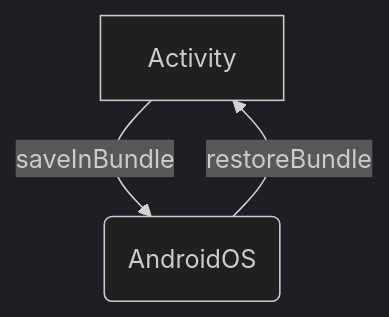
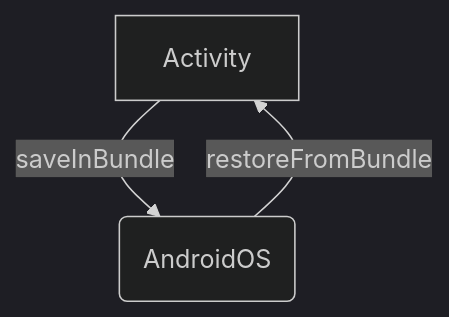
Before and after one commit to galex/galex.github.io: the diagram in _drafts/how-to-solve-process-death-issues.md, drawn with Mermaid (dark theme). The commit also changed other lines of this file, not shown here.

````diff
--- a/_drafts/how-to-solve-process-death-issues.md
+++ b/_drafts/how-to-solve-process-death-issues.md
@@ -34,5 +39,5 @@
 ```mermaid 
 flowchart
   Activity -->|saveInBundle|d(AndroidOS)
- d(AndroidOS) -->|restoreBundle|Activity
+ d(AndroidOS) -->|restoreFromBundle|Activity
 ```
````
